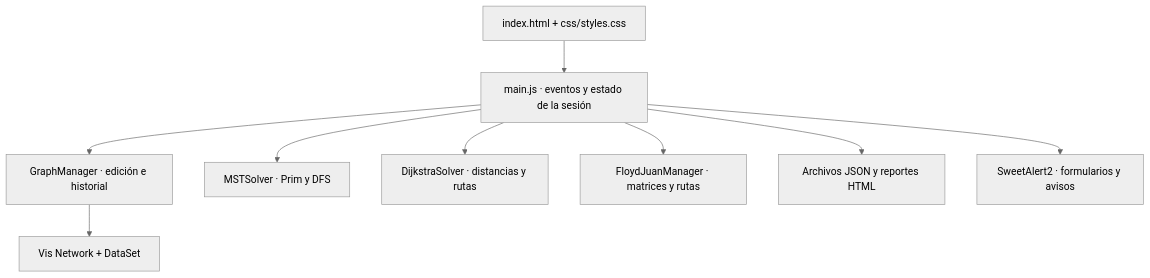
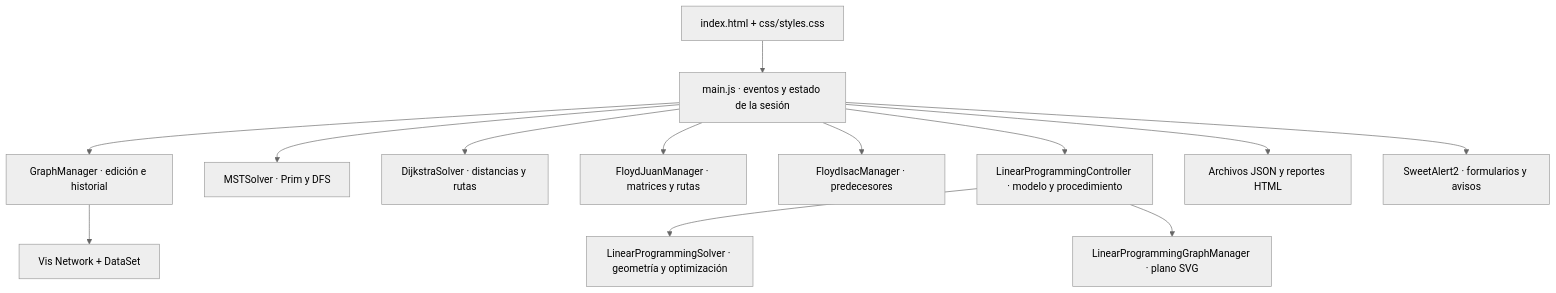
The diagram in README.md (Fede17-9/optigraph-studio), drawn with Mermaid (neutral theme) before and after one commit. The commit also changed other lines of this file and 23 other files, not shown here.

````diff
--- a/README.md
+++ b/README.md
@@ -86,11 +103,15 @@
 ```mermaid
 flowchart TD
     UI["index.html + css/styles.css"] --> Main["main.js · eventos y estado de la sesión"]
     Main --> Graph["GraphManager · edición e historial"]
     Graph --> Vis["Vis Network + DataSet"]
     Main --> Prim["MSTSolver · Prim y DFS"]
     Main --> Dijkstra["DijkstraSolver · distancias y rutas"]
     Main --> Floyd["FloydJuanManager · matrices y rutas"]
+    Main --> FloydIsac["FloydIsacManager · predecesores"]
+    Main --> PL["LinearProgrammingController · modelo y procedimiento"]
+    PL --> SolverPL["LinearProgrammingSolver · geometría y optimización"]
+    PL --> SVG["LinearProgrammingGraphManager · plano SVG"]
     Main --> Files["Archivos JSON y reportes HTML"]
     Main --> Modals["SweetAlert2 · formularios y avisos"]
 ```
````
